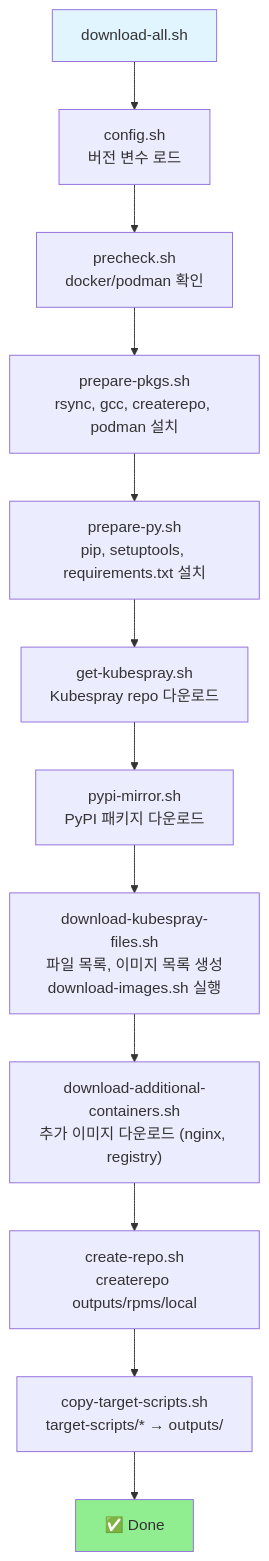
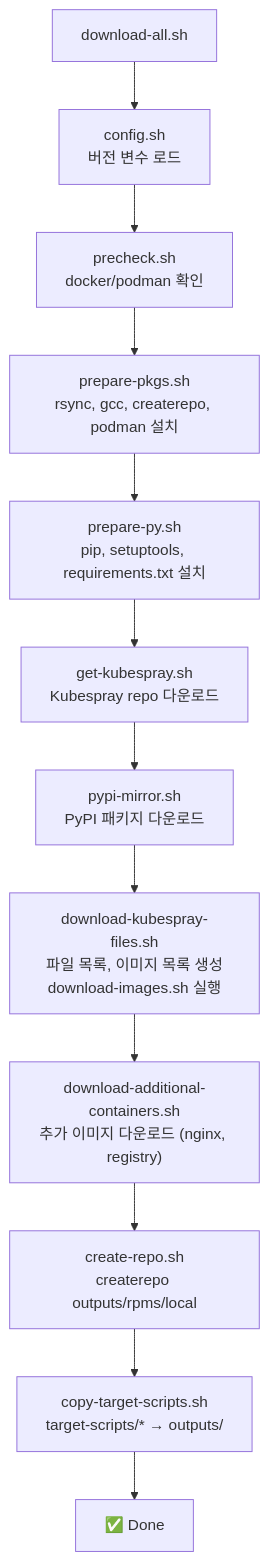
The sixth of 8 diagrams in docs/k8s-deploy/week6-kubespray-offline.md (juwon8891/juwon8891.github.io), drawn with Mermaid before and after one commit. The commit also changed other lines of this file and 18 other files, not shown here.

Commit message:
Remove bright colors from Mermaid diagrams for dark mode compatibility

````diff
--- a/docs/k8s-deploy/week6-kubespray-offline.md
+++ b/docs/k8s-deploy/week6-kubespray-offline.md
@@ -720,19 +706,17 @@
 ```mermaid
 graph TB
     Start["download-all.sh"]
 
     Start --> Config["config.sh<br/>버전 변수 로드"]
     Config --> Precheck["precheck.sh<br/>docker/podman 확인"]
     Precheck --> PreparePkgs["prepare-pkgs.sh<br/>rsync, gcc, createrepo, podman 설치"]
     PreparePkgs --> PreparePy["prepare-py.sh<br/>pip, setuptools, requirements.txt 설치"]
     PreparePy --> GetKubespray["get-kubespray.sh<br/>Kubespray repo 다운로드"]
     GetKubespray --> PypiMirror["pypi-mirror.sh<br/>PyPI 패키지 다운로드"]
     PypiMirror --> DownloadKubespray["download-kubespray-files.sh<br/>파일 목록, 이미지 목록 생성<br/>download-images.sh 실행"]
     DownloadKubespray --> DownloadAdditional["download-additional-containers.sh<br/>추가 이미지 다운로드 (nginx, registry)"]
     DownloadAdditional --> CreateRepo["create-repo.sh<br/>createrepo outputs/rpms/local"]
     CreateRepo --> CopyTargetScripts["copy-target-scripts.sh<br/>target-scripts/* → outputs/"]
     CopyTargetScripts --> Done["✅ Done"]
 
-    style Start fill:#e1f5ff
-    style Done fill:#90EE90
 ```
````
